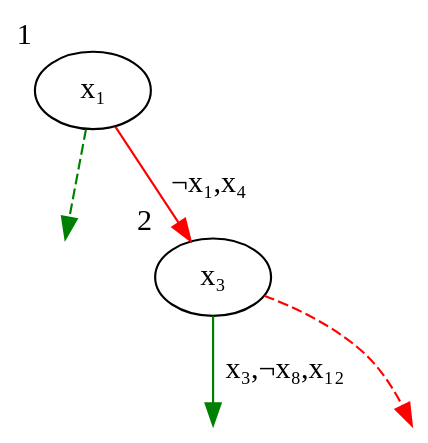
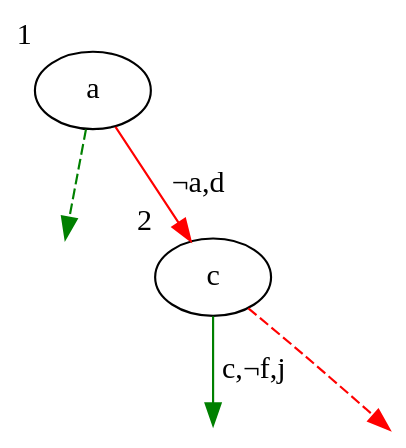
The diagram in sat-solvers/images/tree1x3.dot (vaibhavsagar/presentations), drawn with Graphviz before and after one commit. The commit also changed 21 other files, not shown here.

```diff
--- a/sat-solvers/images/tree1x3.dot
+++ b/sat-solvers/images/tree1x3.dot
@@ -1,17 +1,17 @@
 digraph {
-    x₁t [style="invisible"]
-    x₃f [style="invisible",width=1]
-    x₂t [style="invisible"]
-    x₁  [xlabel="1"]
-    x₃  [xlabel="2"]
-    x₂  [style="invisible"]
-    x₁ -> x₁t [color="green",style="dashed"]
-    x₁ -> x₃  [color="red",label="¬x₁,x₄"]
-    x₃ -> x₂  [color="green",label="x₃,¬x₈,x₁₂",weight=2]
-    x₃ -> x₃f [color="red",style="dashed"]
-    x₂ -> x₃f [style="invisible",arrowhead=none]
-    {rank=same; x₃f x₂}
+    at [style="invisible"]
+    cf [style="invisible",width=1]
+    bt [style="invisible"]
+    a  [xlabel="1"]
+    c  [xlabel="2"]
+    b  [style="invisible"]
+    a -> at [color="green",style="dashed"]
+    a -> c  [color="red",label="¬a,d"]
+    c -> b  [color="green",label="c,¬f,j",weight=2]
+    c -> cf [color="red",style="dashed"]
+    b -> cf [style="invisible",arrowhead=none]
+    {rank=same; cf b}
     overlap=false
     splines=true
     bgcolor=transparent
 }
```
